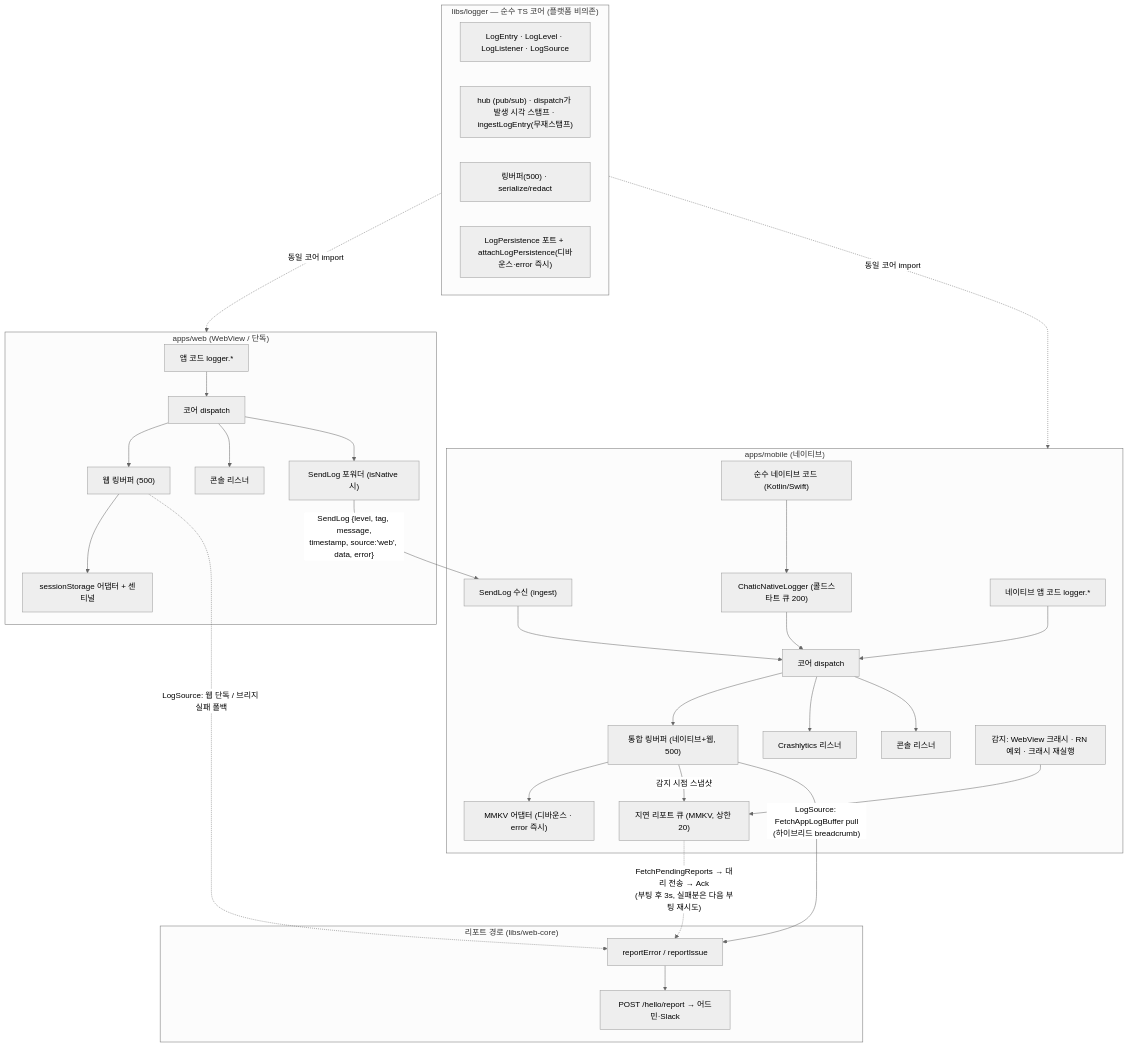
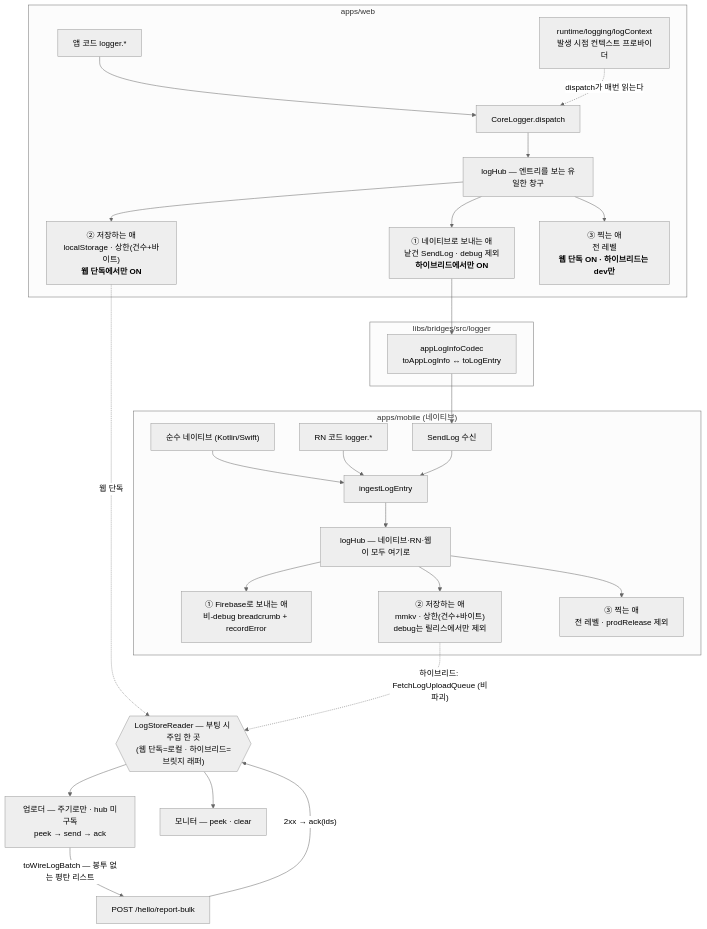
One commit to lemoncloud-io/dou-app changed the third of 6 diagrams in libs/logger/docs/architecture.md. Above: the diagram before and after it, drawn with Mermaid (neutral theme). The commit also changed other lines of this file and 144 other files, not shown here.

````diff
--- a/libs/logger/docs/architecture.md
+++ b/libs/logger/docs/architecture.md
@@ -76,42 +213,38 @@
 ```mermaid
 flowchart TB
-    subgraph core["libs/logger — 순수 TS 코어 (플랫폼 비의존)"]
-        entry["LogEntry · LogLevel · LogListener · LogSource"]
-        hub["hub (pub/sub) · dispatch가 발생 시각 스탬프 · ingestLogEntry(무재스탬프)"]
-        ring["링버퍼(500) · serialize/redact"]
-        port["LogPersistence 포트 + attachLogPersistence(디바운스·error 즉시)"]
+    subgraph webside["apps/web"]
+        wapp["앱 코드 logger.*"] --> wdisp["CoreLogger.dispatch"]
+        wctx["runtime/logging/logContext<br/>발생 시점 컨텍스트 프로바이더"] -. "dispatch가 매번 읽는다" .-> wdisp
+        wdisp --> whub["logHub — 엔트리를 보는 유일한 창구"]
+
+        whub --> wsend["① 네이티브로 보내는 애<br/>낱건 SendLog · debug 제외<br/><b>하이브리드에서만 ON</b>"]
+        whub --> wstore["② 저장하는 애<br/>localStorage · 상한(건수+바이트)<br/><b>웹 단독에서만 ON</b>"]
+        whub --> wconsole["③ 찍는 애<br/>전 레벨<br/><b>웹 단독 ON · 하이브리드는 dev만</b>"]
     end
 
-    subgraph web["apps/web (WebView / 단독)"]
-        wapp["앱 코드 logger.*"] --> wdispatch["코어 dispatch"]
-        wdispatch --> wbuf["웹 링버퍼 (500)"]
-        wbuf --> wstore["sessionStorage 어댑터 + 센티널"]
-        wdispatch --> wconsole["콘솔 리스너"]
-        wdispatch --> forwarder["SendLog 포워더 (isNative 시)"]
+    subgraph bridgeside["libs/bridges/src/logger"]
+        codec["appLogInfoCodec<br/>toAppLogInfo ↔ toLogEntry"]
     end
 
-    subgraph mobile["apps/mobile (네이티브)"]
-        mapp["네이티브 앱 코드 logger.*"] --> mdispatch["코어 dispatch"]
-        recv["SendLog 수신 (ingest)"] --> mdispatch
-        nmod["순수 네이티브 코드 (Kotlin/Swift)"] --> memit["ChaticNativeLogger (콜드스타트 큐 200)"] --> mdispatch
-        mdispatch --> mbuf["통합 링버퍼 (네이티브+웹, 500)"]
-        mbuf --> mmkv["MMKV 어댑터 (디바운스 · error 즉시)"]
-        mdispatch --> crash["Crashlytics 리스너"]
-        mdispatch --> mconsole["콘솔 리스너"]
-        detect["감지: WebView 크래시 · RN 예외 · 크래시 재실행"] --> pq["지연 리포트 큐 (MMKV, 상한 20)"]
-        mbuf -- "감지 시점 스냅샷" --> pq
+    subgraph mobileside["apps/mobile (네이티브)"]
+        mnat["순수 네이티브 (Kotlin/Swift)"] --> mdisp
+        mrn["RN 코드 logger.*"] --> mdisp
+        mrecv["SendLog 수신"] --> mdisp["ingestLogEntry"]
+        mdisp --> mhub["logHub — 네이티브·RN·웹이 모두 여기로"]
+
+        mhub --> mcrash["① Firebase로 보내는 애<br/>비-debug breadcrumb + recordError"]
+        mhub --> mstore["② 저장하는 애<br/>mmkv · 상한(건수+바이트)<br/>debug는 릴리스에서만 제외"]
+        mhub --> mconsole["③ 찍는 애<br/>전 레벨 · prodRelease 제외"]
     end
 
-    core -. "동일 코어 import" .-> web
-    core -. "동일 코어 import" .-> mobile
+    wsend --> codec --> mrecv
 
-    forwarder -- "SendLog {level, tag, message,<br/>timestamp, source:'web', data, error}" --> recv
+    reader{{"LogStoreReader — 부팅 시 주입 한 곳<br/>(웹 단독=로컬 · 하이브리드=브릿지 래퍼)"}}
+    wstore -. "웹 단독" .-> reader
+    mstore -. "하이브리드: FetchLogUploadQueue (비파괴)" .-> reader
 
-    subgraph report["리포트 경로 (libs/web-core)"]
-        rpt["reportError / reportIssue"] --> ep["POST /hello/report → 어드민·Slack"]
-    end
-
-    mbuf -- "LogSource: FetchAppLogBuffer pull<br/>(하이브리드 breadcrumb)" --> rpt
-    wbuf -. "LogSource: 웹 단독 / 브리지 실패 폴백" .-> rpt
-    pq -. "FetchPendingReports → 대리 전송 → Ack<br/>(부팅 후 3s, 실패분은 다음 부팅 재시도)" .-> rpt
+    reader --> up["업로더 — 주기로만 · hub 미구독<br/>peek → send → ack"]
+    reader --> mon["모니터 — peek · clear"]
+    up -- "toWireLogBatch — 봉투 없는 평탄 리스트" --> srv["POST /hello/report-bulk"]
+    srv -- "2xx → ack(ids)" --> reader
 ```
````
